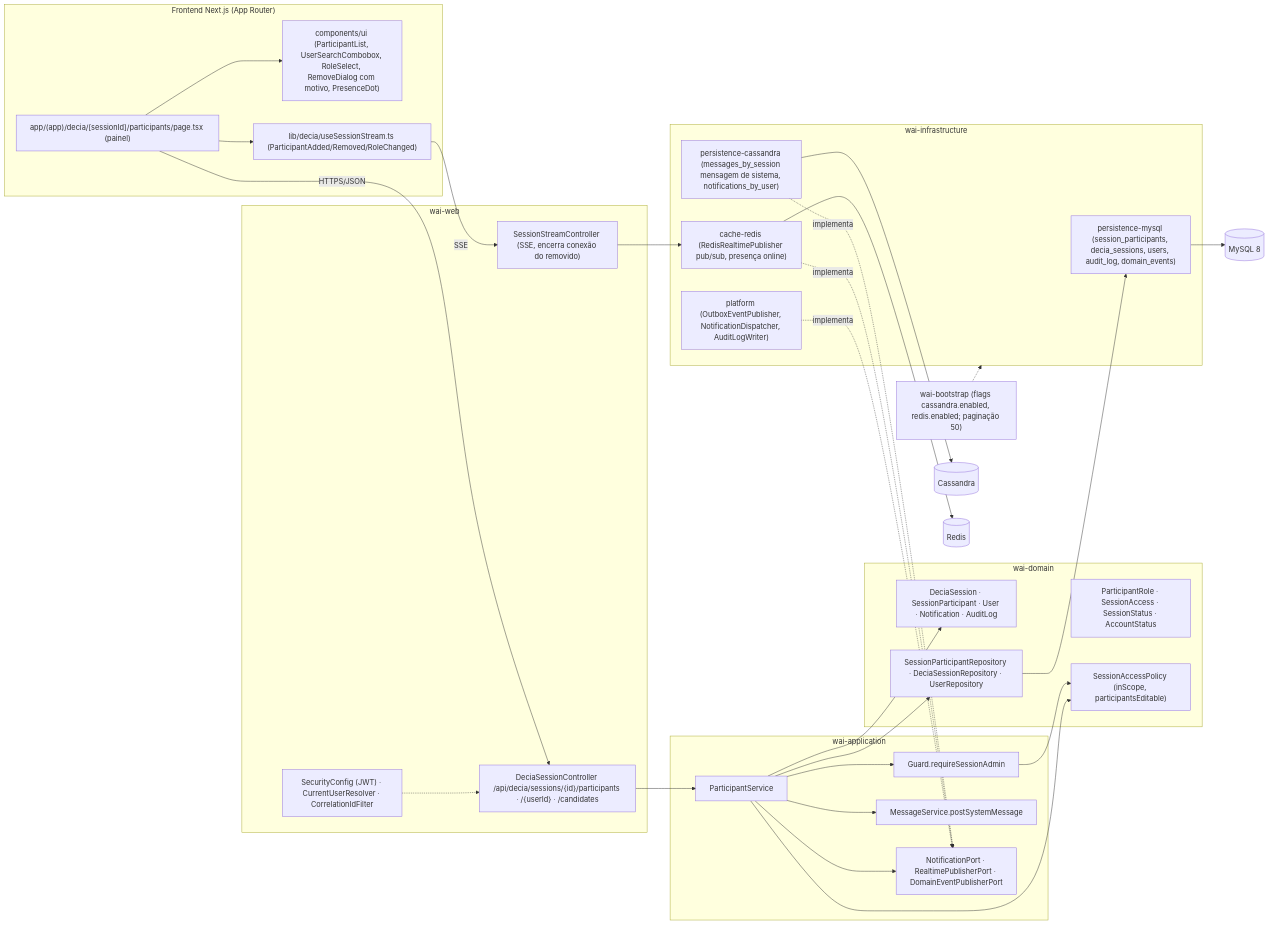
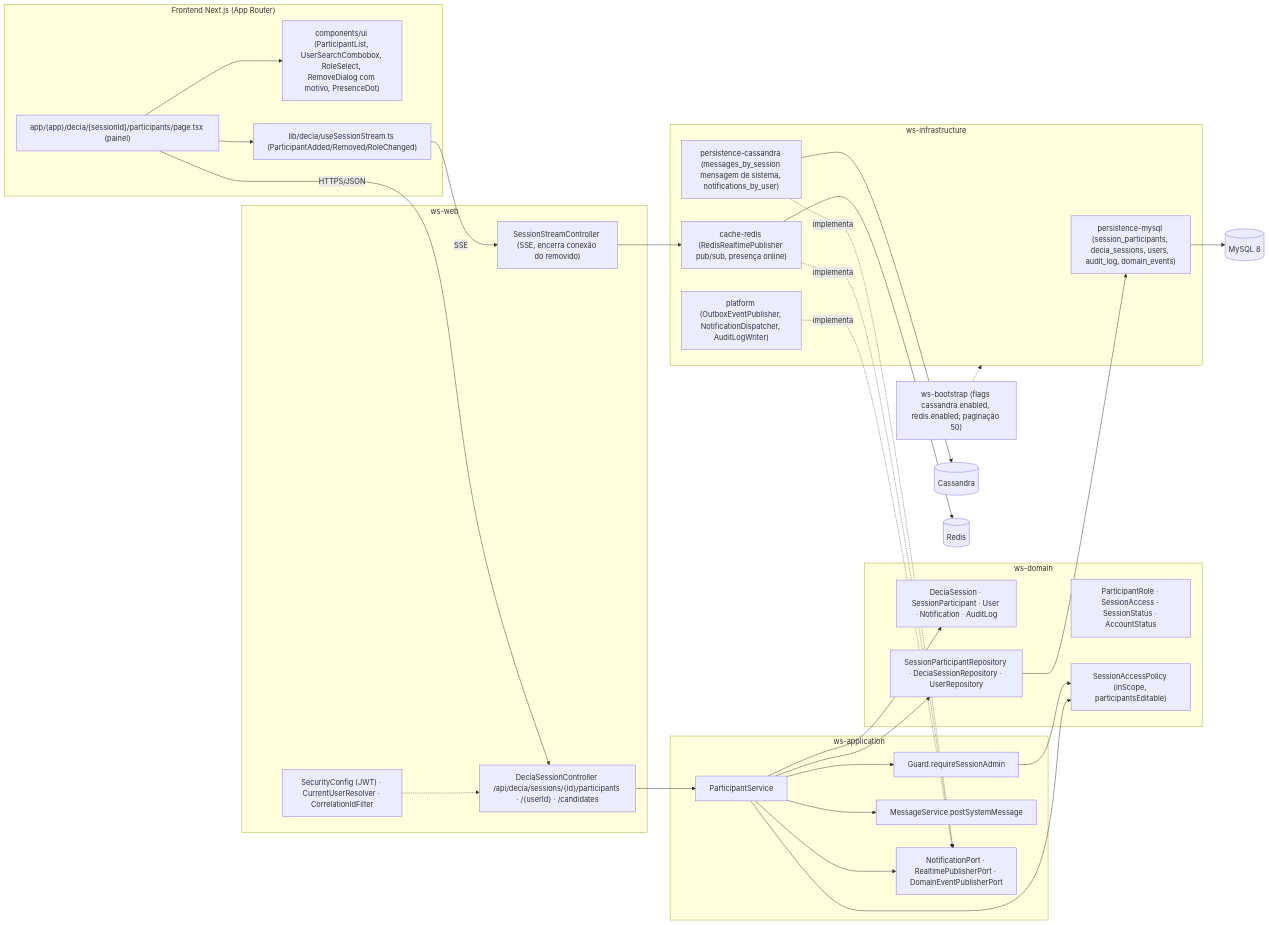
One commit to MatheusHaliski/Decia-app-2026 changed the fifth of 5 diagrams in docs/diagramas/RF9/README.md. Above: the diagram before and after it, drawn with Mermaid. The commit also changed other lines of this file and 65 other files, not shown here.

First line of the commit message:
docs: renomeia o produto para Work Station (módulos ws-*), UserPreferences no diagrama v1, RF44/RF45 ajustados, design system (tokens, components.css, 66 ícones, 112 anatomias SVG, galeria e capturas) e dúvidas Q-36..Q-43

````diff
--- a/docs/diagramas/RF9/README.md
+++ b/docs/diagramas/RF9/README.md
@@ -402,62 +402,62 @@
 ```mermaid
 flowchart LR
   subgraph FE["Frontend Next.js (App Router)"]
     FE1["app/(app)/decia/[sessionId]/participants/page.tsx (painel)"]
     FE2["components/ui (ParticipantList, UserSearchCombobox, RoleSelect, RemoveDialog com motivo, PresenceDot)"]
     FE3["lib/decia/useSessionStream.ts (ParticipantAdded/Removed/RoleChanged)"]
   end
 
-  subgraph WEB["wai-web"]
+  subgraph WEB["ws-web"]
     W1["DeciaSessionController /api/decia/sessions/{id}/participants · /{userId} · /candidates"]
     W2["SessionStreamController (SSE, encerra conexão do removido)"]
     W3["SecurityConfig (JWT) · CurrentUserResolver · CorrelationIdFilter"]
   end
 
-  subgraph APP["wai-application"]
+  subgraph APP["ws-application"]
     S1["ParticipantService"]
     S2["Guard.requireSessionAdmin"]
     S3["MessageService.postSystemMessage"]
     P1["NotificationPort · RealtimePublisherPort · DomainEventPublisherPort"]
   end
 
-  subgraph DOM["wai-domain"]
+  subgraph DOM["ws-domain"]
     D1["DeciaSession · SessionParticipant · User · Notification · AuditLog"]
     D2["ParticipantRole · SessionAccess · SessionStatus · AccountStatus"]
     D3["SessionAccessPolicy (inScope, participantsEditable)"]
     D4["SessionParticipantRepository · DeciaSessionRepository · UserRepository"]
   end
 
-  subgraph INFRA["wai-infrastructure"]
+  subgraph INFRA["ws-infrastructure"]
     I1["persistence-mysql (session_participants, decia_sessions, users, audit_log, domain_events)"]
     I2["persistence-cassandra (messages_by_session mensagem de sistema, notifications_by_user)"]
     I3["cache-redis (RedisRealtimePublisher pub/sub, presença online)"]
     I4["platform (OutboxEventPublisher, NotificationDispatcher, AuditLogWriter)"]
   end
 
   MY[("MySQL 8")]
   CA[("Cassandra")]
   RD[("Redis")]
 
   FE1 --> FE2
   FE1 --> FE3
   FE1 -->|HTTPS/JSON| W1
   FE3 -->|SSE| W2
   W3 -.-> W1
   W1 --> S1
   S1 --> S2
   S1 --> S3
   S2 --> D3
   S1 --> D3
   S1 --> P1
   S1 --> D1
   S1 --> D4
   I2 -.->|implementa| P1
   I3 -.->|implementa| P1
   I4 -.->|implementa| P1
   W2 --> I3
   D4 --> I1
   I1 --> MY
   I2 --> CA
   I3 --> RD
-  BOOT["wai-bootstrap (flags cassandra.enabled, redis.enabled; paginação 50)"] -.-> INFRA
+  BOOT["ws-bootstrap (flags cassandra.enabled, redis.enabled; paginação 50)"] -.-> INFRA
 ```
````
